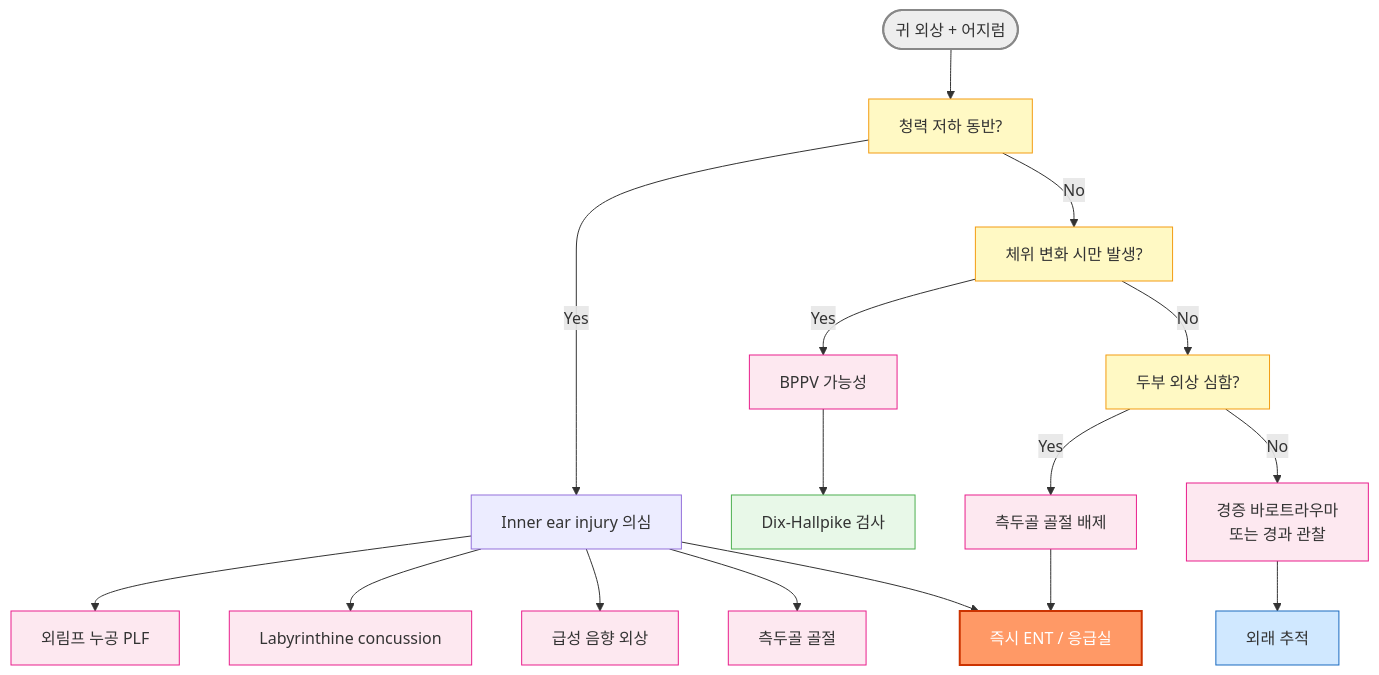
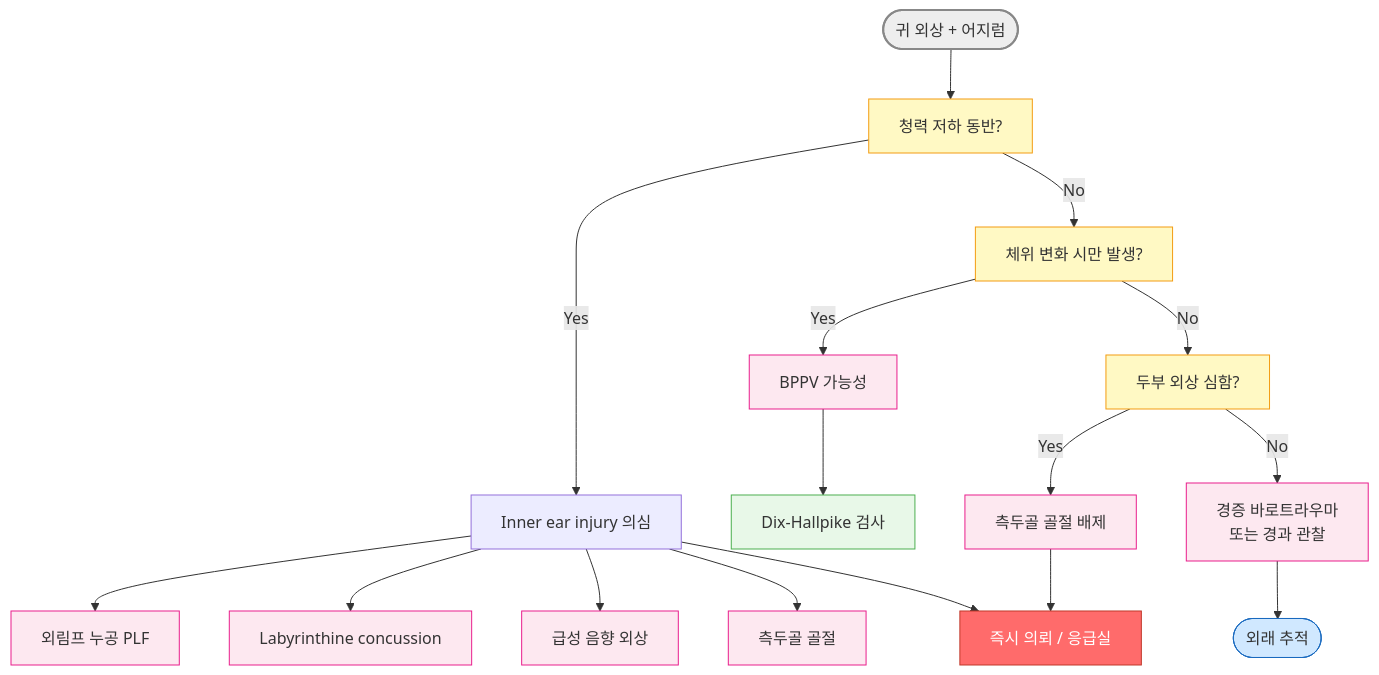
The third of 3 diagrams in 222_/049_-ear-injury.md (familyoh77/familyoh77), drawn with Mermaid before and after one commit. The commit also changed other lines of this file and 2 other files, not shown here.

````diff
--- a/222_/049_-ear-injury.md
+++ b/222_/049_-ear-injury.md
@@ -797,28 +777,28 @@
 ```mermaid
 flowchart TD
     A([귀 외상 + 어지럼]) --> B[청력 저하 동반?]
     B -->|Yes| C[Inner ear injury 의심]
     C --> C1[외림프 누공 PLF]
     C --> C2[Labyrinthine concussion]
     C --> C3[급성 음향 외상]
     C --> C4[측두골 골절]
-    C --> D[즉시 ENT / 응급실]
+    C --> D[즉시 의뢰 / 응급실]
     B -->|No| E[체위 변화 시만 발생?]
     E -->|Yes| F[BPPV 가능성]
     F --> G[Dix-Hallpike 검사]
     E -->|No| H[두부 외상 심함?]
     H -->|Yes| I[측두골 골절 배제]
     I --> D
     H -->|No| J[경증 바로트라우마<br/>또는 경과 관찰]
-    J --> K[외래 추적]
+    J --> K([외래 추적])
 
     style A fill:#eeeeee,stroke:#888888,stroke-width:2px
-    style D fill:#ff9966,stroke:#cc3300,stroke-width:2px,color:#fff
+    style D fill:#ff6b6b,stroke:#c0392b,color:#fff
     style G fill:#e8f8e8,stroke:#4caf50
     style K fill:#d0e8ff,stroke:#1a6abf
     classDef yellow fill:#fff9c4,stroke:#f39c12
     class B,E,H yellow
     classDef pink fill:#fde8f0,stroke:#e91e8c
     class C1,C2,C3,C4,F,I,J pink
     
 ```
````
